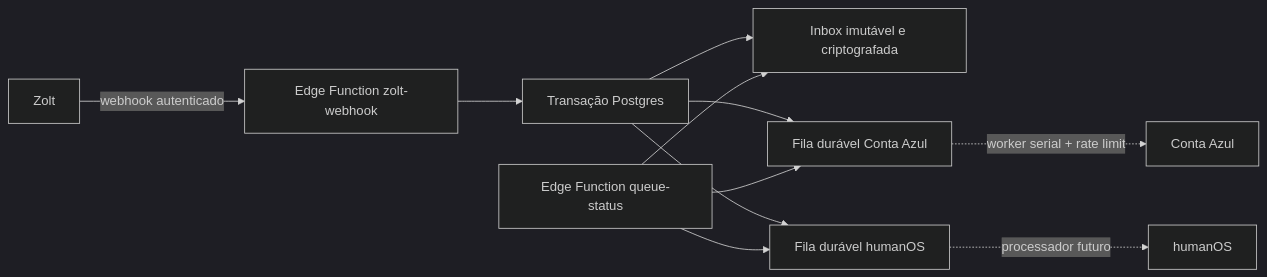
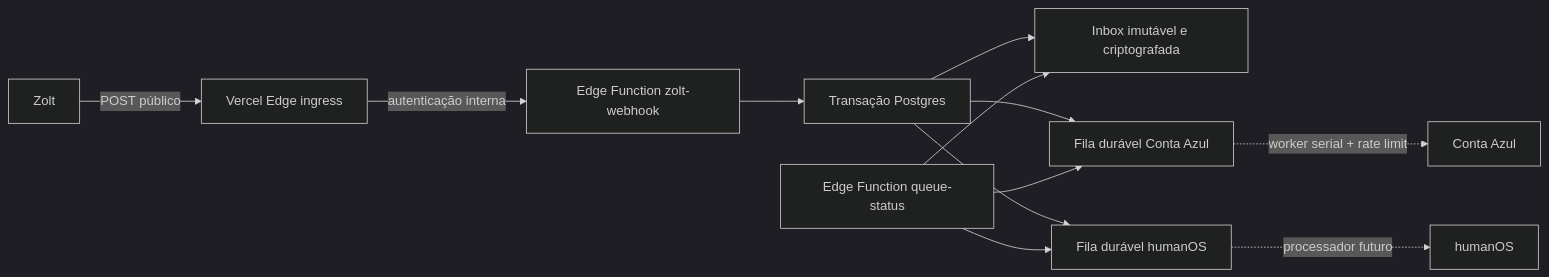
One commit to humanstudioacademy/sales-middleware changed the diagram in README.md. Above: the diagram before and after it, drawn with Mermaid (dark theme). The commit also changed other lines of this file and 8 other files, not shown here.

Commit message:
preserve ordered webhook processing timeline

````diff
--- a/README.md
+++ b/README.md
@@ -39,13 +48,14 @@
 ```mermaid
 flowchart LR
-  Z["Zolt"] -->|"webhook autenticado"| E["Edge Function zolt-webhook"]
+  Z["Zolt"] -->|"POST público"| V["Vercel Edge ingress"]
+  V -->|"autenticação interna"| E["Edge Function zolt-webhook"]
   E --> T["Transação Postgres"]
   T --> I["Inbox imutável e criptografada"]
   T --> C["Fila durável Conta Azul"]
   T --> H["Fila durável humanOS"]
   C -.->|"worker serial + rate limit"| CA["Conta Azul"]
   H -.->|"processador futuro"| HO["humanOS"]
   S["Edge Function queue-status"] --> I
   S --> C
   S --> H
 ```
````
